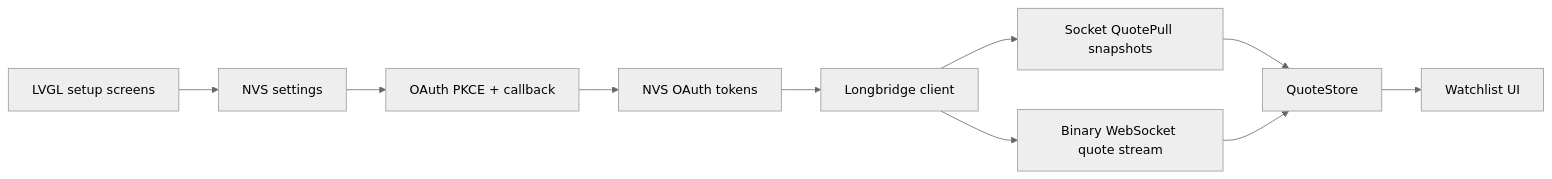
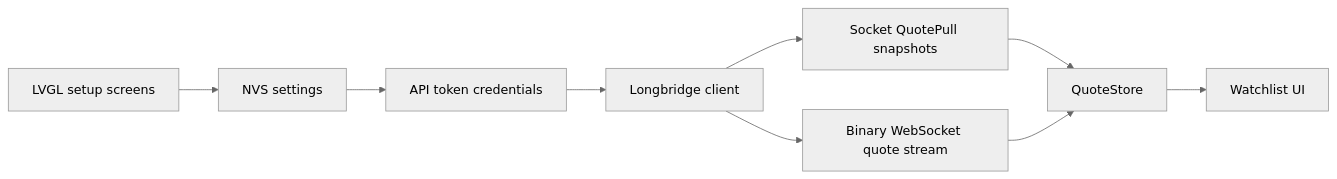
The diagram in docs/architecture.md (zhubby/tab5_stock_terminal), drawn with Mermaid (neutral theme) before and after one commit. The commit also changed other lines of this file and 24 other files, not shown here.

Commit message:
refactor(auth): support api token only

````diff
--- a/docs/architecture.md
+++ b/docs/architecture.md
@@ -21,12 +21,11 @@
 ```mermaid
 flowchart LR
     Setup["LVGL setup screens"] --> Settings["NVS settings"]
-    Settings --> Auth["OAuth PKCE + callback"]
-    Auth --> Tokens["NVS OAuth tokens"]
-    Tokens --> Client["Longbridge client"]
+    Settings --> Auth["API token credentials"]
+    Auth --> Client["Longbridge client"]
     Client --> Snapshot["Socket QuotePull snapshots"]
     Client --> Push["Binary WebSocket quote stream"]
     Snapshot --> Store["QuoteStore"]
     Push --> Store
     Store --> UI["Watchlist UI"]
 ```
````
